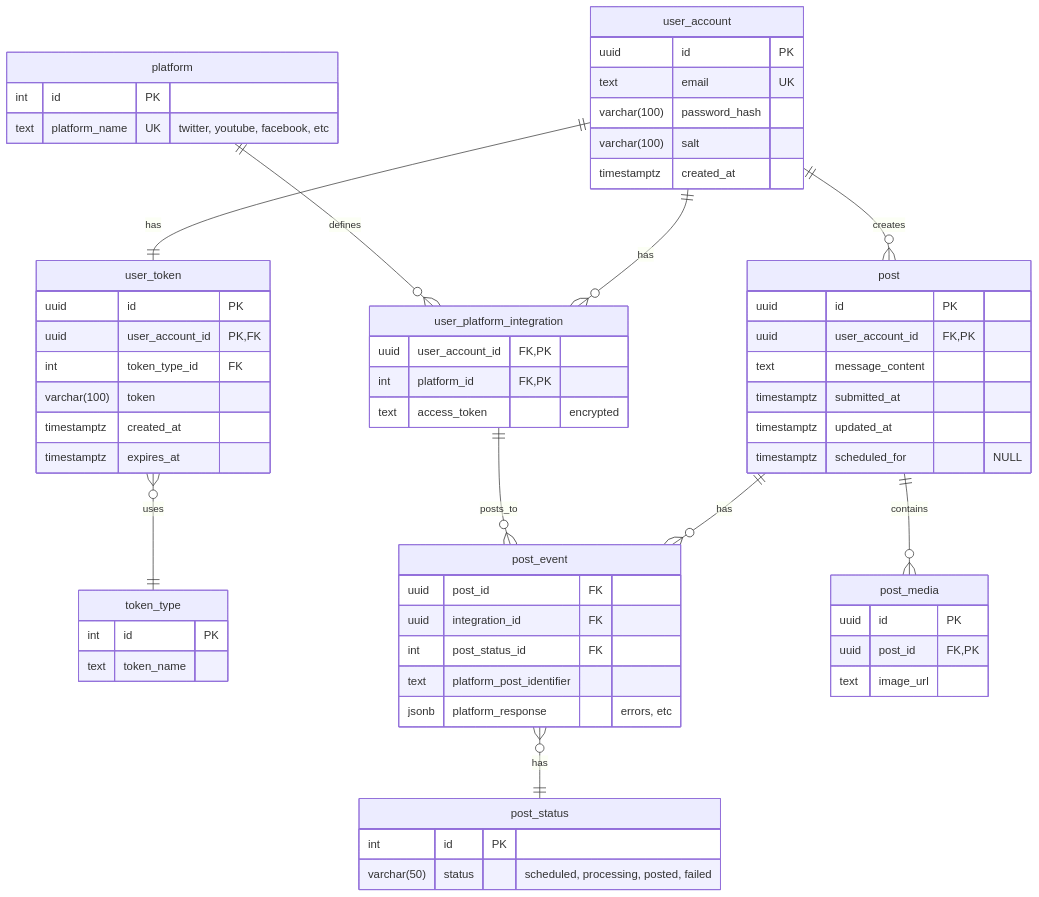
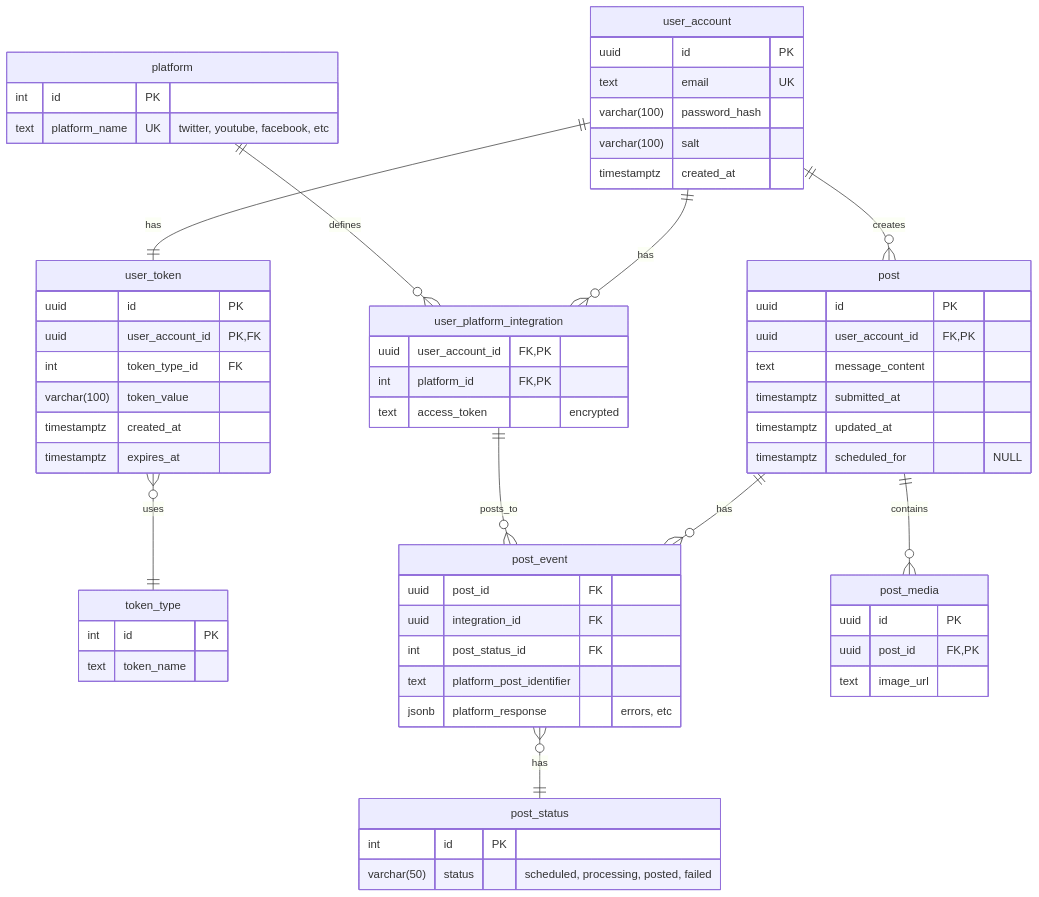
Before and after one commit to JKMN-Projects/ripple_sync_backend: the diagram in documentation/diagrams/er_diagram.md, drawn with Mermaid.

````diff
--- a/documentation/diagrams/er_diagram.md
+++ b/documentation/diagrams/er_diagram.md
@@ -3,74 +3,74 @@
 ``` mermaid
 
     erDiagram
     user_account ||--o{ user_platform_integration : "has"
     user_account ||--o{ post : "creates"
     user_account ||--|| user_token : "has"
     user_token }o--|| token_type : "uses"
     post ||--o{ post_event : "has"
     post_event }o--|| post_status : "has"
     post ||--o{ post_media : "contains"
     platform ||--o{ user_platform_integration : "defines"
     user_platform_integration ||--o{ post_event : "posts_to"
 
     user_account {
         uuid id PK
         text email UK
         varchar(100) password_hash
         varchar(100) salt
         timestamptz created_at 
     }
 
     user_token {
         uuid id PK
         uuid user_account_id PK, FK
         int token_type_id FK
-        varchar(100) token
+        varchar(100) token_value
         timestamptz created_at
         timestamptz expires_at
     }
 
     token_type {
         int id PK
         text token_name
     }
 
     platform {
         int id PK
         text platform_name UK "twitter, youtube, facebook, etc"
     }
 
     user_platform_integration {
         uuid user_account_id FK, PK
         int platform_id FK, PK
         text access_token "encrypted"
     }
 
     post {
         uuid id PK
         uuid user_account_id FK, PK
         text message_content
         timestamptz submitted_at
         timestamptz updated_at
         timestamptz scheduled_for "NULL"
     }
 
     post_media {
         uuid id PK
         uuid post_id FK, PK
         text image_url 
     }
 
     post_event {
         uuid post_id FK
         uuid integration_id FK
         int post_status_id FK
         text platform_post_identifier 
         jsonb platform_response "errors, etc"
     }
 
     post_status {
         int id PK
         varchar(50) status "scheduled, processing, posted, failed"
     }
 ```
````
